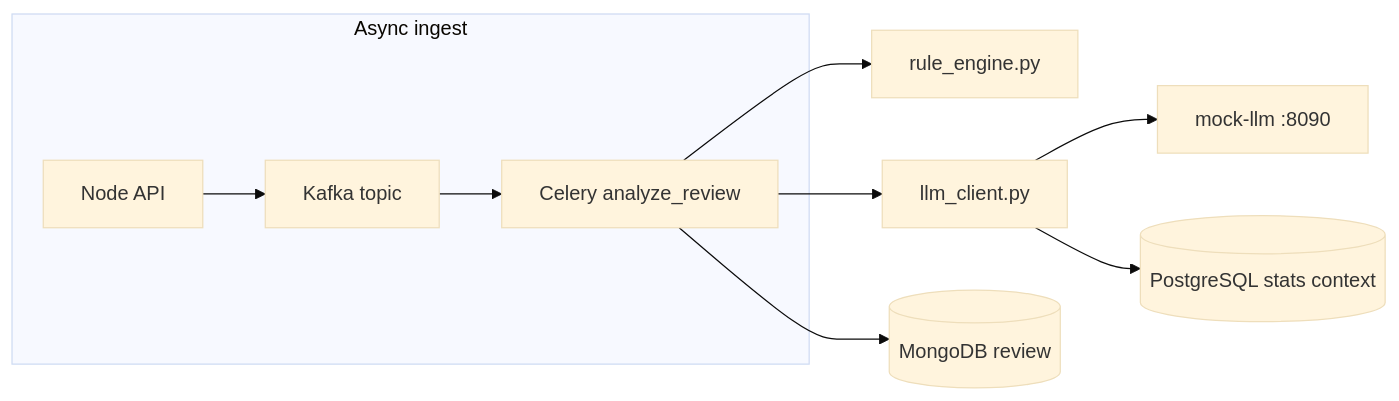
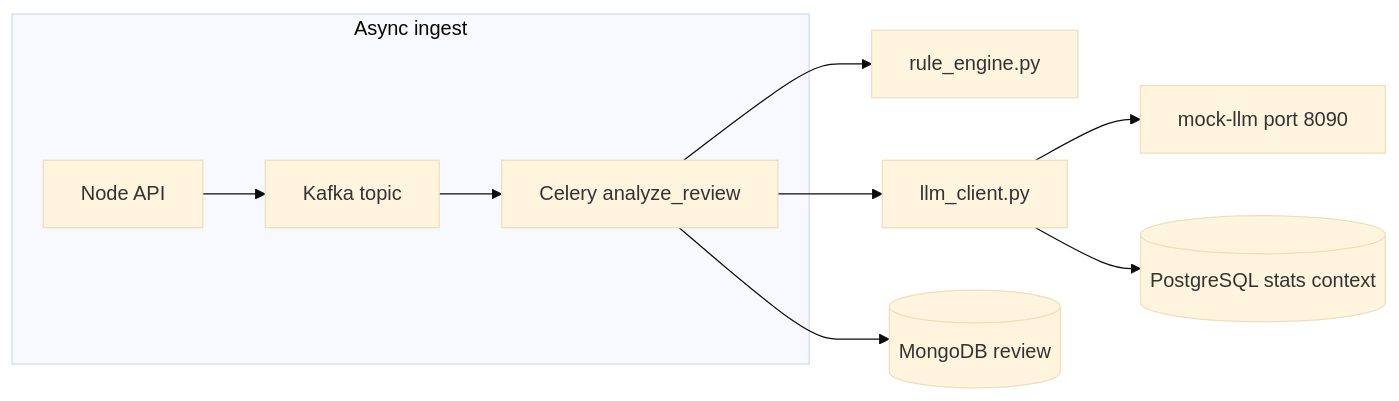
One commit to OferElboher/suspicious-email-triage changed the diagram in docs/data_guide_mock_llm.md. Above: the diagram before and after it, drawn with Mermaid (base theme).

Commit message:
Fix Mermaid syntax error in mock LLM architecture diagram.
Quote subgraph and node labels so the colon in the mock-llm port label is not parsed as Mermaid link syntax.

````diff
--- a/docs/data_guide_mock_llm.md
+++ b/docs/data_guide_mock_llm.md
@@ -28,12 +28,12 @@
 ```mermaid
 flowchart LR
-  subgraph ingest [Async ingest]
+  subgraph ingest["Async ingest"]
     API[Node API] --> Kafka[Kafka topic]
-    Kafka --> Celery[Celery analyze_review]
+    Kafka --> Celery["Celery analyze_review"]
   end
   Celery --> Rules[rule_engine.py]
   Celery --> LLM[llm_client.py]
-  LLM --> Mock[mock-llm :8090]
+  LLM --> Mock["mock-llm port 8090"]
   Celery --> Mongo[(MongoDB review)]
   LLM --> PG[(PostgreSQL stats context)]
 ```
````
